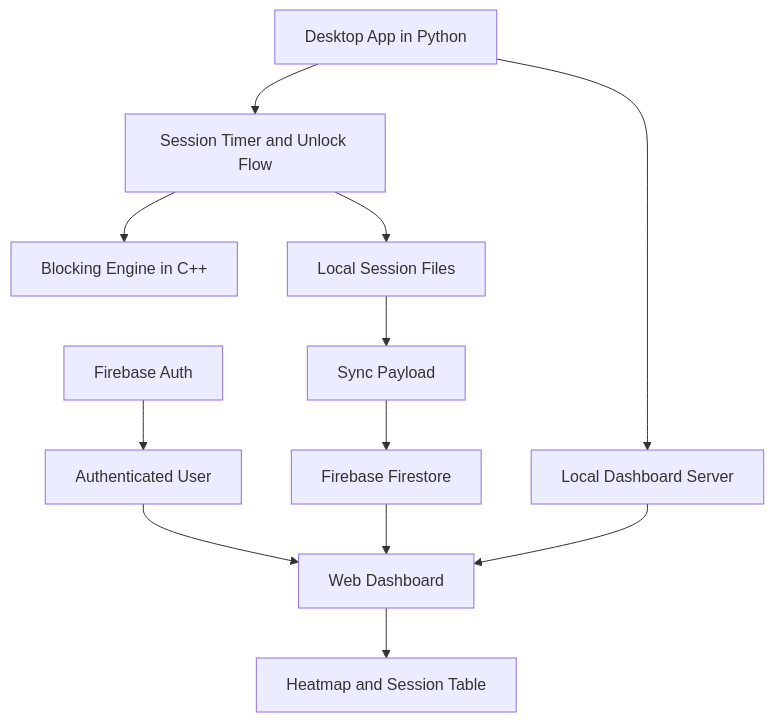
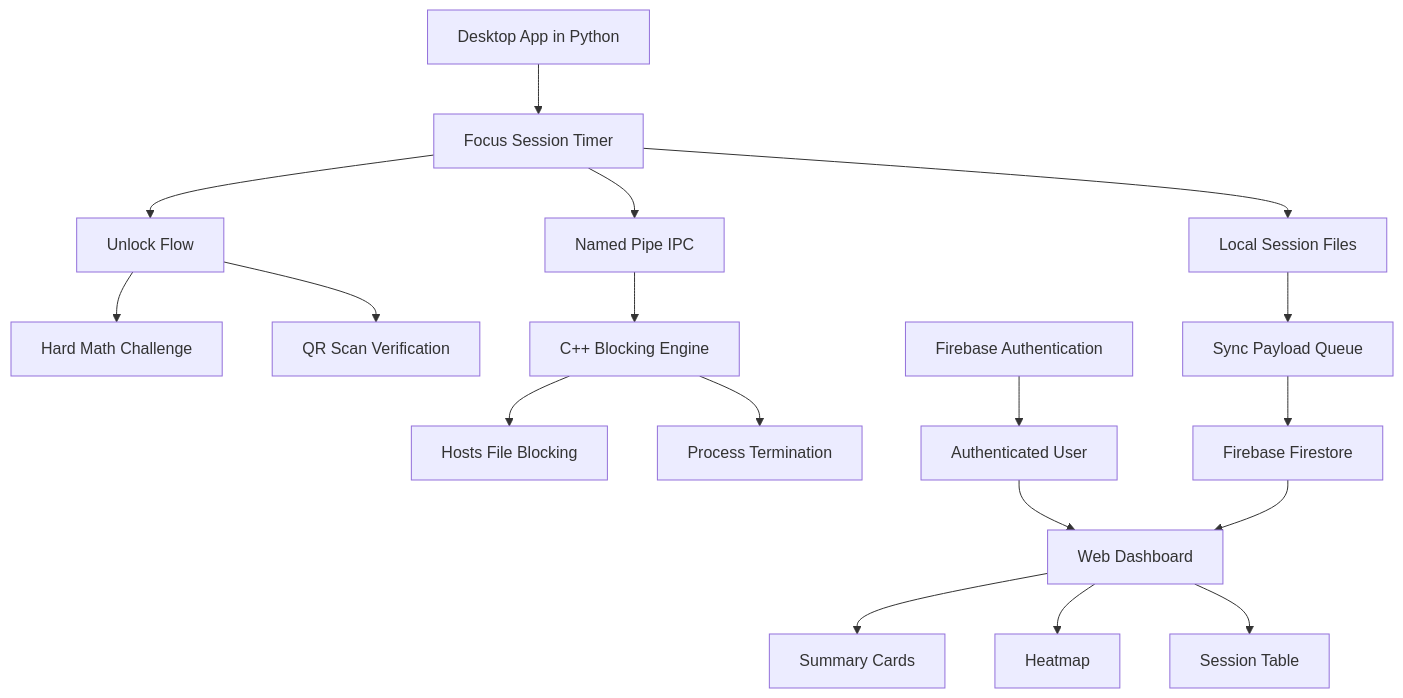
One commit to letsjoyn/just-do-it changed the diagram in README.md. Above: the diagram before and after it, drawn with Mermaid. The commit also changed other lines of this file, not shown here.

Commit message:
docs: rewrite README with project architecture and flow

````diff
--- a/README.md
+++ b/README.md
@@ -64,14 +116,20 @@
 ```mermaid
 graph TD
-    A[Desktop App in Python] --> B[Session Timer and Unlock Flow]
-    B --> C[Blocking Engine in C++]
-    B --> D[Local Session Files]
-    D --> E[Sync Payload]
-    E --> F[Firebase Firestore]
-    G[Firebase Auth] --> H[Authenticated User]
-    H --> I[Web Dashboard]
-    F --> I
-    I --> J[Heatmap and Session Table]
-    A --> K[Local Dashboard Server]
-    K --> I
+    A[Desktop App in Python] --> B[Focus Session Timer]
+    B --> C[Unlock Flow]
+    C --> D[Hard Math Challenge]
+    C --> E[QR Scan Verification]
+    B --> F[Named Pipe IPC]
+    F --> G[C++ Blocking Engine]
+    G --> H[Hosts File Blocking]
+    G --> I[Process Termination]
+    B --> J[Local Session Files]
+    J --> K[Sync Payload Queue]
+    K --> L[Firebase Firestore]
+    M[Firebase Authentication] --> N[Authenticated User]
+    N --> O[Web Dashboard]
+    L --> O
+    O --> P[Summary Cards]
+    O --> Q[Heatmap]
+    O --> R[Session Table]
 ```
````
